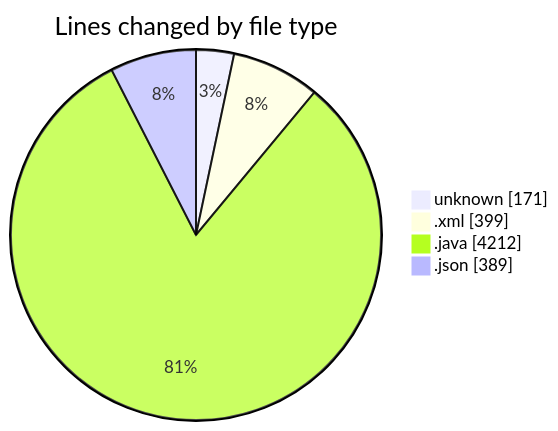
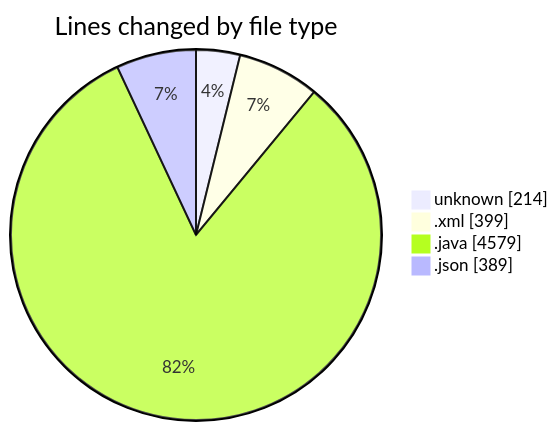
Before and after one commit to charlie-sans/code-tracking: the first of 2 diagrams in 2025-02-24/micros/README.md, drawn with Mermaid. The commit also changed other lines of this file and 1 other file, not shown here.

````diff
--- a/2025-02-24/micros/README.md
+++ b/2025-02-24/micros/README.md
@@ -34,8 +35,8 @@
 ```mermaid
 pie showData
 title Lines changed by file type
-"unknown" : 171
+"unknown" : 214
 ".xml" : 399
-".java" : 4212
+".java" : 4579
 ".json" : 389
 ```
````
